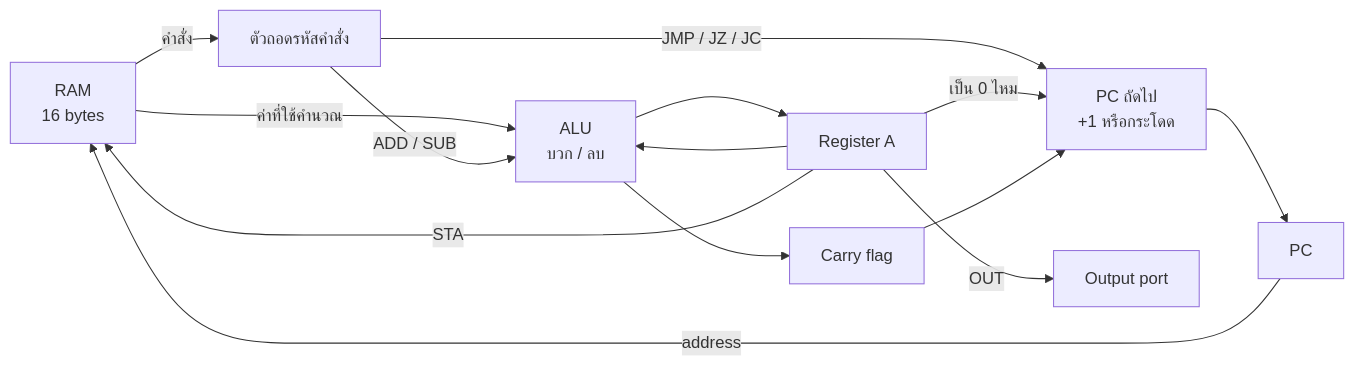
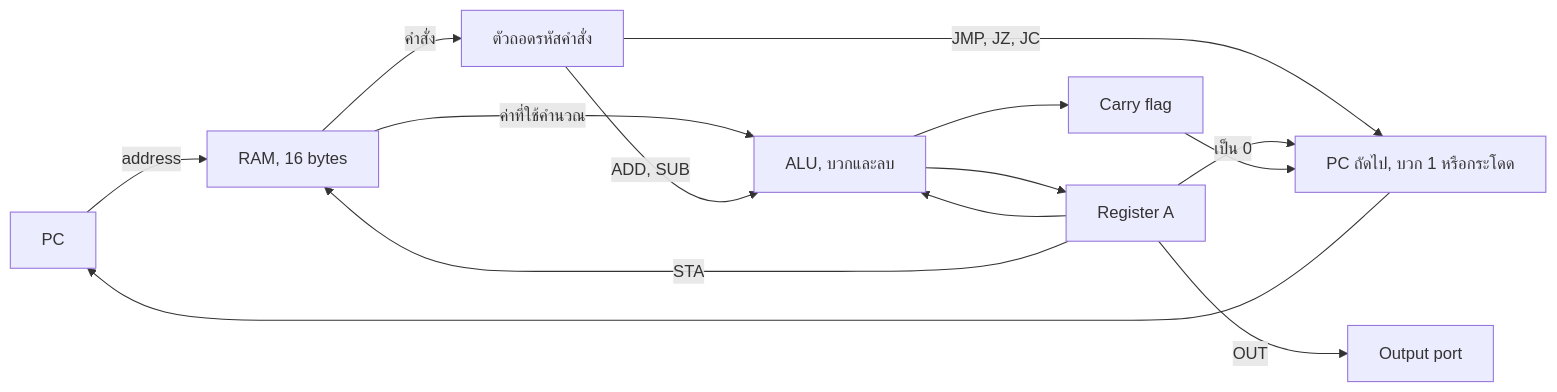
Before and after one commit to RiwRiwara/jev-computer: the second of 3 diagrams in README.th.md, drawn with Mermaid. The commit also changed other lines of this file and 1 other file, not shown here.

Commit message:
Simplify Mermaid diagrams so GitHub renders them

````diff
--- a/README.th.md
+++ b/README.th.md
@@ -162,25 +159,16 @@
 ```mermaid
 flowchart LR
-    RAM["RAM<br/>16 bytes"]
-    DEC["ตัวถอดรหัสคำสั่ง"]
-    ALU["ALU<br/>บวก / ลบ"]
-    A["Register A"]
-    C["Carry flag"]
-    PCL["PC ถัดไป<br/>+1 หรือกระโดด"]
-    PC["PC"]
-    OUT["Output port"]
-
-    PC -- "address" --> RAM
-    RAM -- "คำสั่ง" --> DEC
-    RAM -- "ค่าที่ใช้คำนวณ" --> ALU
-    A --> ALU
-    DEC -- "ADD / SUB" --> ALU
+    PC[PC] -->|address| RAM[RAM, 16 bytes]
+    RAM -->|คำสั่ง| DEC[ตัวถอดรหัสคำสั่ง]
+    RAM -->|ค่าที่ใช้คำนวณ| ALU[ALU, บวกและลบ]
+    A[Register A] --> ALU
+    DEC -->|ADD, SUB| ALU
     ALU --> A
-    ALU --> C
-    DEC -- "JMP / JZ / JC" --> PCL
-    A -- "เป็น 0 ไหม" --> PCL
-    C --> PCL
-    PCL --> PC
-    A -- "STA" --> RAM
-    A -- "OUT" --> OUT
+    ALU --> C[Carry flag]
+    DEC -->|JMP, JZ, JC| NPC[PC ถัดไป, บวก 1 หรือกระโดด]
+    A -->|เป็น 0| NPC
+    C --> NPC
+    NPC --> PC
+    A -->|STA| RAM
+    A -->|OUT| OUTP[Output port]
 ```
````
